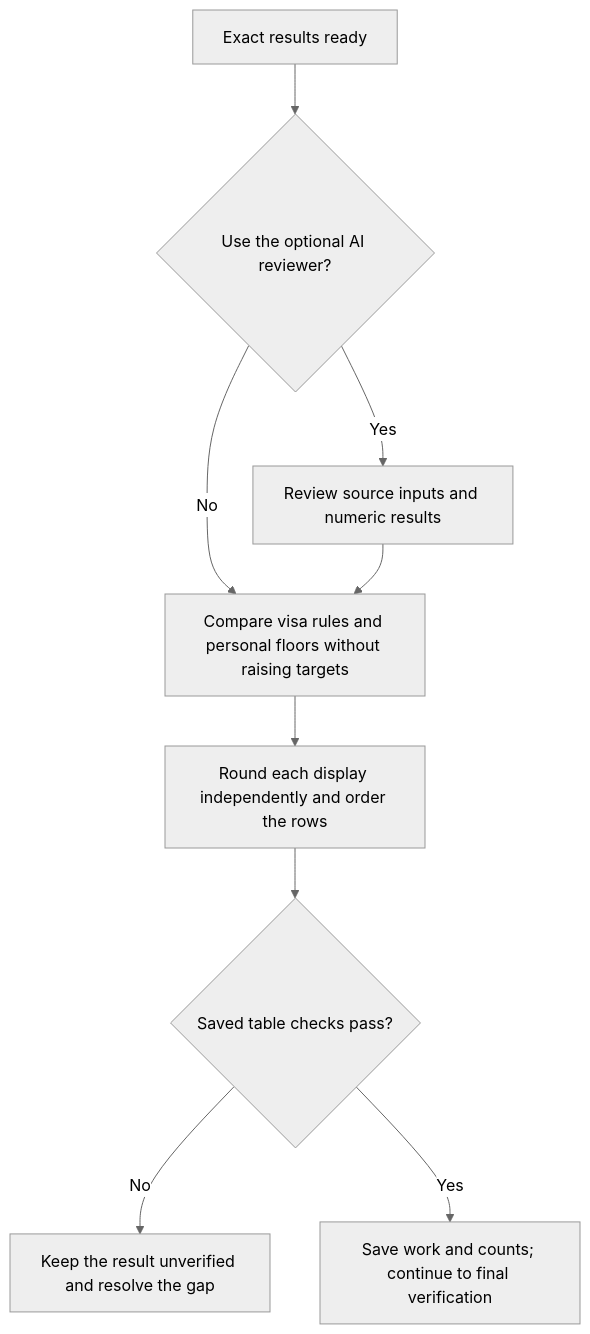
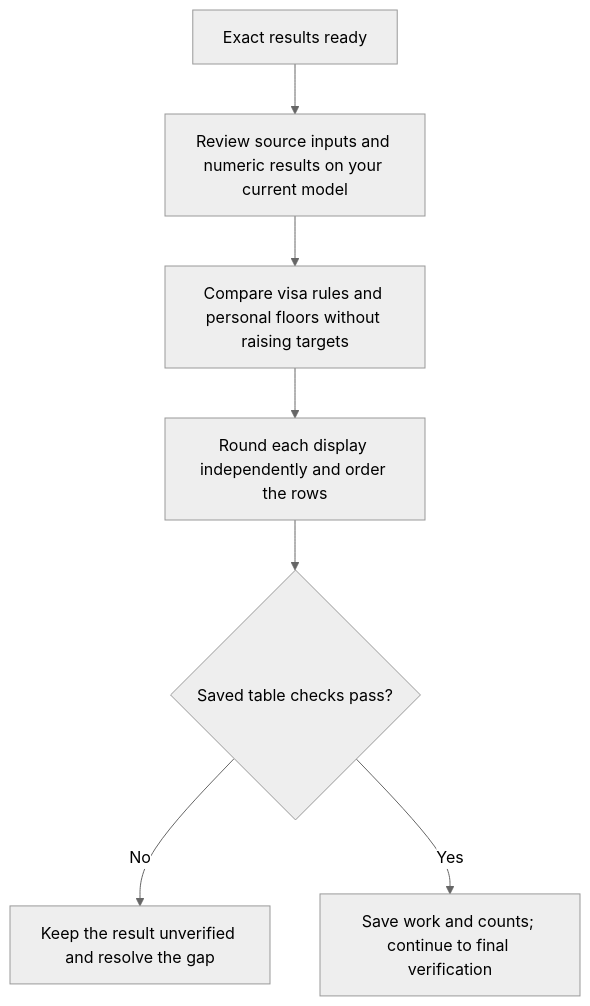
Before and after one commit to myowinthein/agent-compass: the second of 2 diagrams in docs/commands/salary-calculator/step4-table-calculation/detailed.md, drawn with Mermaid (neutral theme). The commit also changed other lines of this file and 38 other files, not shown here.

First line of the commit message:
refactor(workflows): use the current model for analysis and audits

````diff
--- a/docs/commands/salary-calculator/step4-table-calculation/detailed.md
+++ b/docs/commands/salary-calculator/step4-table-calculation/detailed.md
@@ -41,11 +41,9 @@
 ```mermaid
 flowchart TD
-  Exact["Exact results ready"] --> Specialist{"Use the optional AI reviewer?"}
-  Specialist -->|Yes| Review["Review source inputs and numeric results"]
-  Specialist -->|No| Compare["Compare visa rules and personal floors without raising targets"]
-  Review --> Compare
+  Exact["Exact results ready"] --> Review["Review source inputs and numeric results on your current model"]
+  Review --> Compare["Compare visa rules and personal floors without raising targets"]
   Compare --> Format["Round each display independently and order the rows"]
   Format --> Save{"Saved table checks pass?"}
   Save -->|No| Hold["Keep the result unverified and resolve the gap"]
   Save -->|Yes| Audit["Save work and counts; continue to final verification"]
 ```
````
